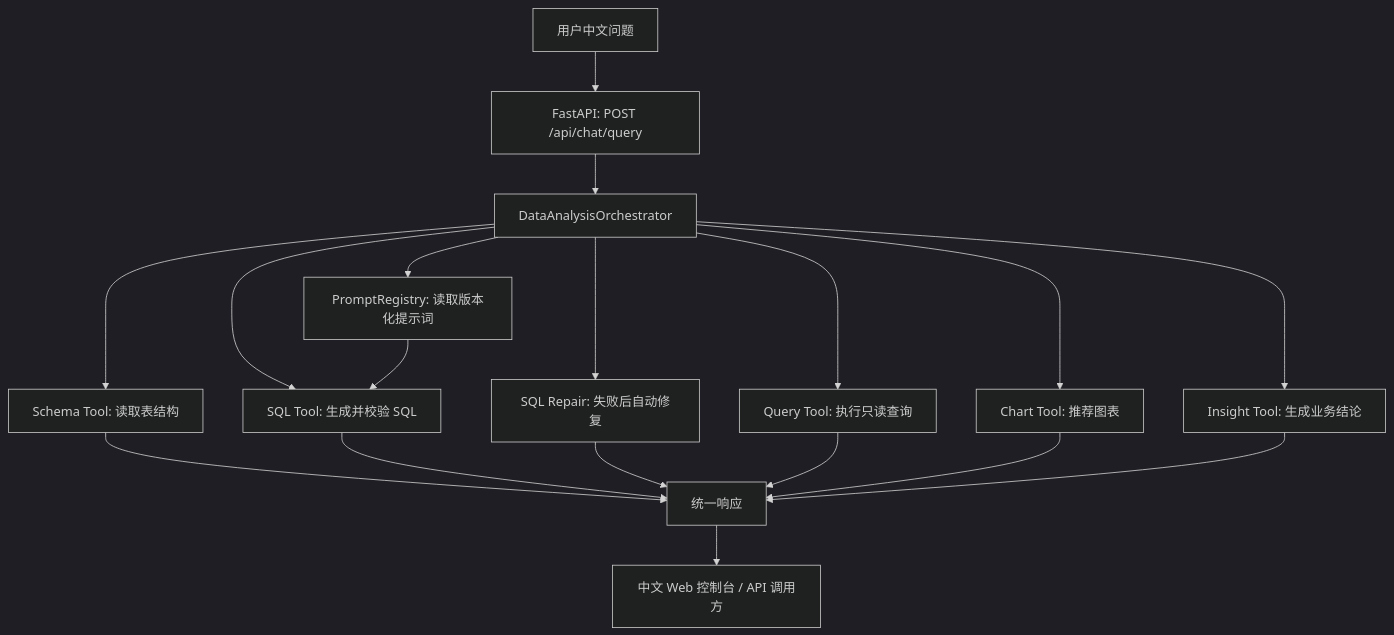
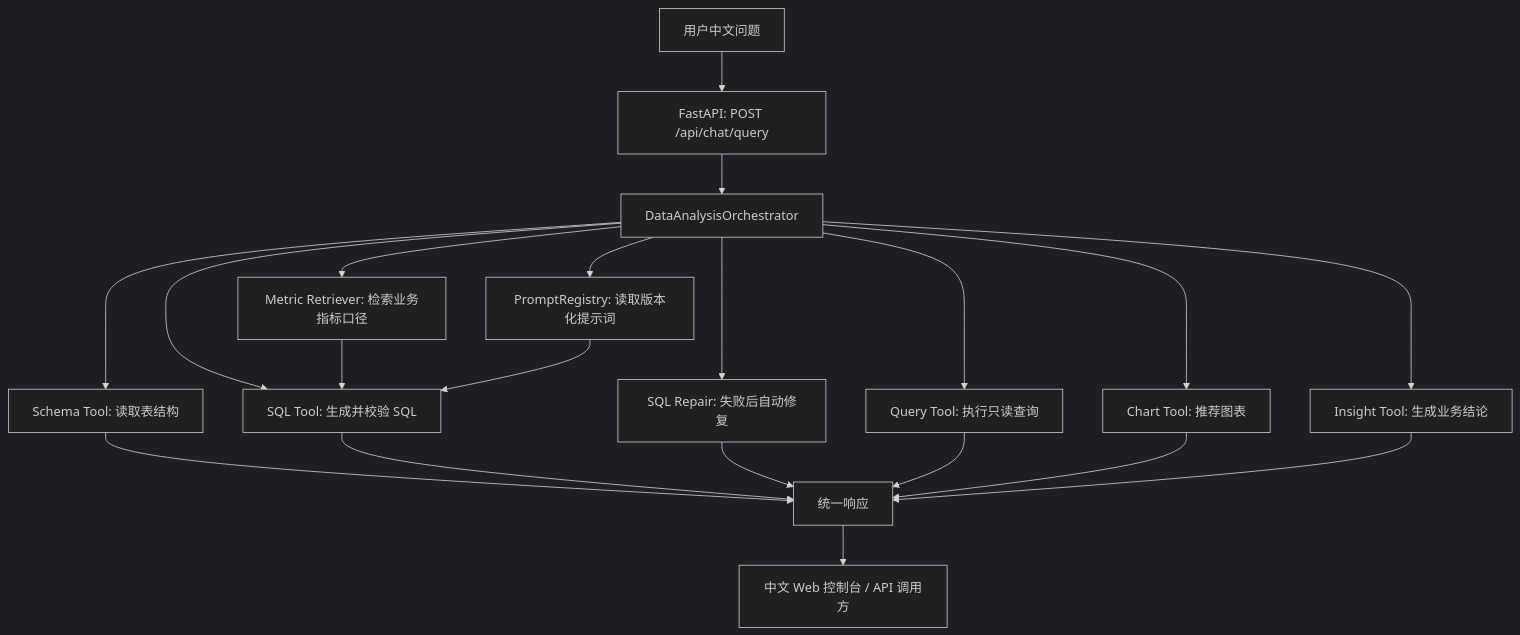
Before and after one commit to chenpan979/DataWhisperer: the diagram in README.md, drawn with Mermaid (dark theme). The commit also changed other lines of this file and 17 other files, not shown here.

````diff
--- a/README.md
+++ b/README.md
@@ -39,20 +43,22 @@
 ```mermaid
 flowchart TD
     U["用户中文问题"] --> API["FastAPI: POST /api/chat/query"]
     API --> O["DataAnalysisOrchestrator"]
     O --> S["Schema Tool: 读取表结构"]
+    O --> M["Metric Retriever: 检索业务指标口径"]
     O --> P["PromptRegistry: 读取版本化提示词"]
     O --> SQL["SQL Tool: 生成并校验 SQL"]
     O --> RPAIR["SQL Repair: 失败后自动修复"]
     O --> Q["Query Tool: 执行只读查询"]
     O --> C["Chart Tool: 推荐图表"]
     O --> I["Insight Tool: 生成业务结论"]
     S --> R["统一响应"]
+    M --> SQL
     P --> SQL
     SQL --> R
     RPAIR --> R
     Q --> R
     C --> R
     I --> R
     R --> UI["中文 Web 控制台 / API 调用方"]
 ```
````
